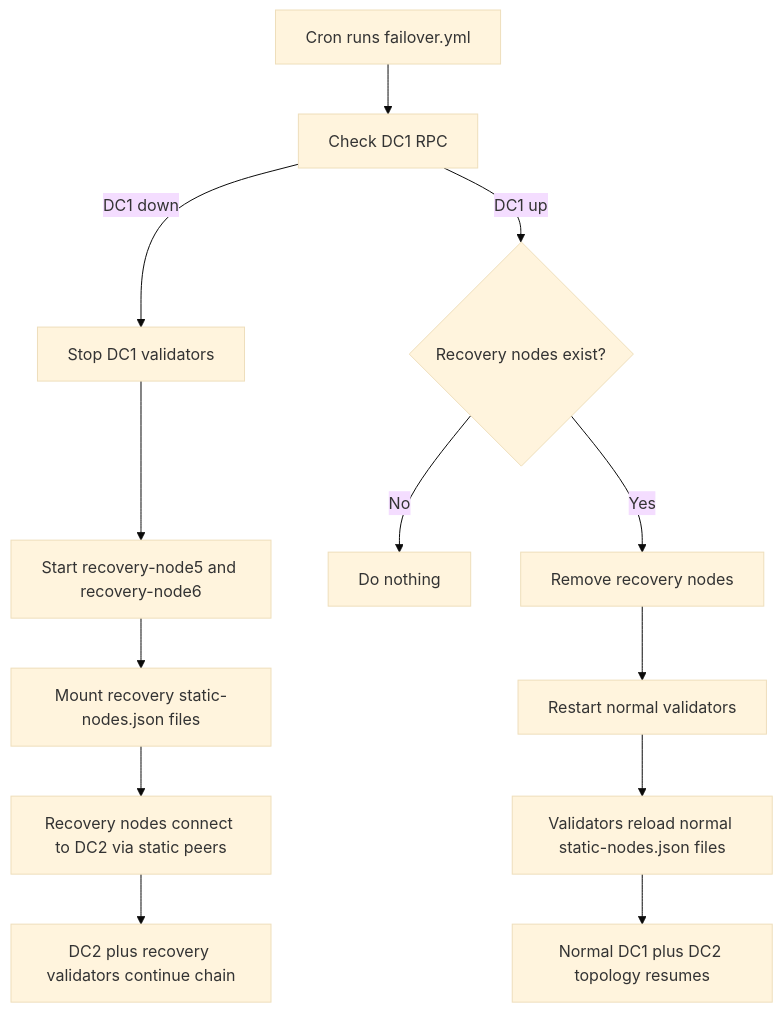
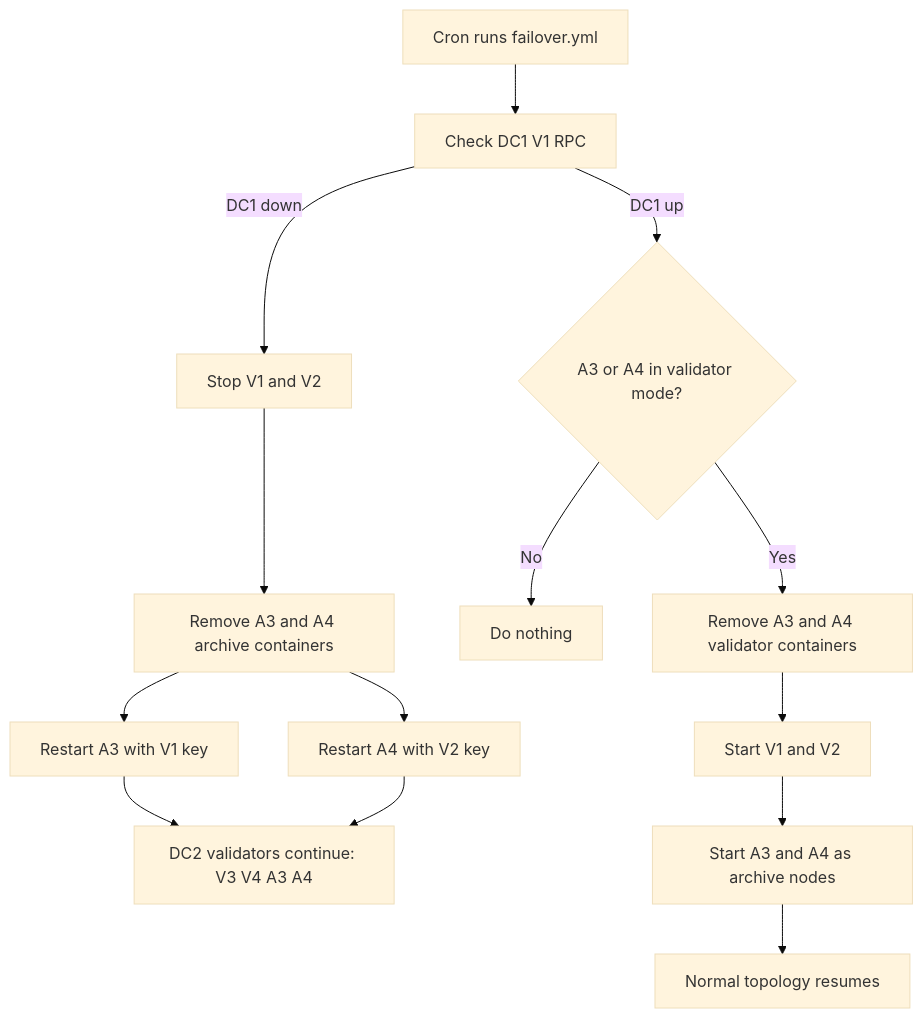
Before and after one commit to SI-JsonWeb/hyperladger-besu: the diagram in network/docs/disaster-recovery-redesign-proposal.md, drawn with Mermaid (base theme). The commit also changed other lines of this file and 19 other files, not shown here.

Commit message:
Add archive standby validators

````diff
--- a/network/docs/disaster-recovery-redesign-proposal.md
+++ b/network/docs/disaster-recovery-redesign-proposal.md
@@ -131,17 +167,18 @@
 ```mermaid
 flowchart TD
-    A[Cron runs failover.yml] --> B[Check DC1 RPC]
+    A[Cron runs failover.yml] --> B[Check DC1 V1 RPC]
 
-    B -->|DC1 down| C[Stop DC1 validators]
-    C --> D[Start recovery-node5 and recovery-node6]
-    D --> E[Mount recovery static-nodes.json files]
-    E --> F[Recovery nodes connect to DC2 via static peers]
-    F --> G[DC2 plus recovery validators continue chain]
+    B -->|DC1 down| C[Stop V1 and V2]
+    C --> D[Remove A3 and A4 archive containers]
+    D --> E[Restart A3 with V1 key]
+    D --> F[Restart A4 with V2 key]
+    E --> G[DC2 validators continue: V3 V4 A3 A4]
+    F --> G
 
-    B -->|DC1 up| H{Recovery nodes exist?}
+    B -->|DC1 up| H{A3 or A4 in validator mode?}
     H -->|No| I[Do nothing]
-    H -->|Yes| J[Remove recovery nodes]
-    J --> K[Restart normal validators]
-    K --> L[Validators reload normal static-nodes.json files]
-    L --> M[Normal DC1 plus DC2 topology resumes]
+    H -->|Yes| J[Remove A3 and A4 validator containers]
+    J --> K[Start V1 and V2]
+    K --> L[Start A3 and A4 as archive nodes]
+    L --> M[Normal topology resumes]
 ```
````
